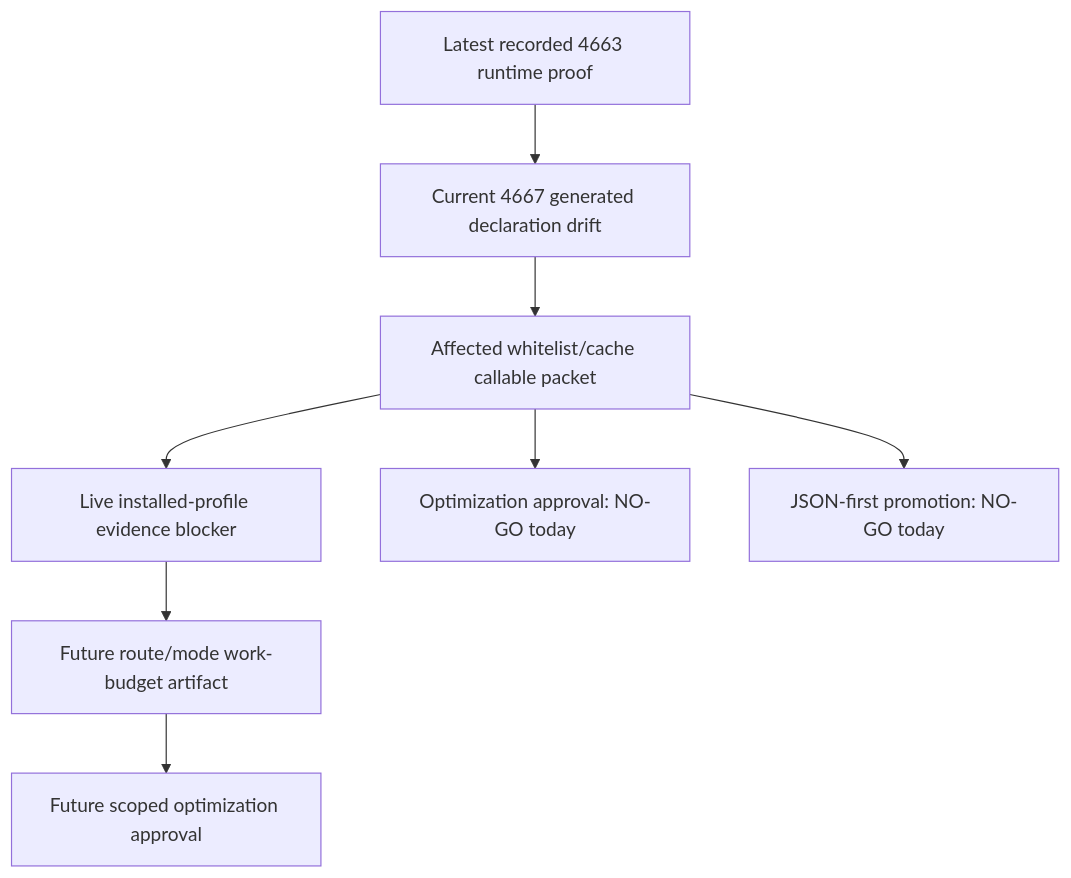
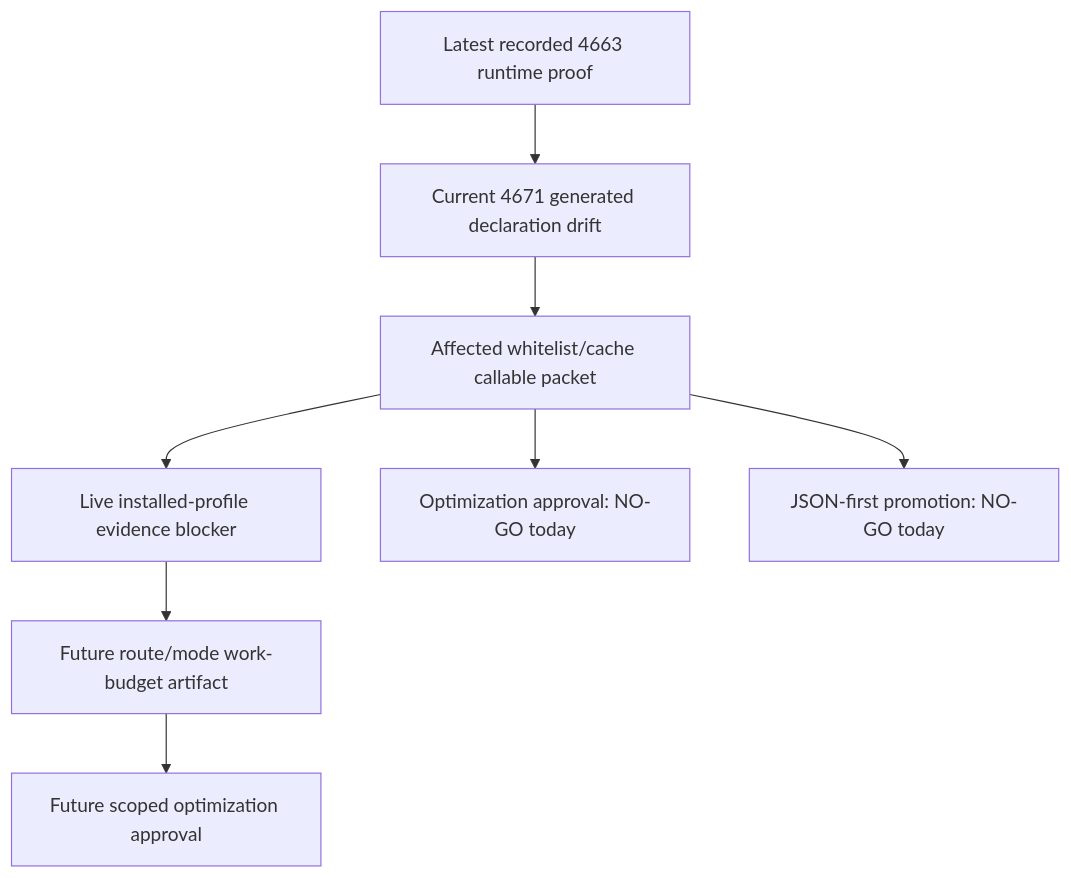
The diagram in docs/audit/FILTERTUBE_OPTIMIZATION_CANDIDATE_PRIORITY_REGISTER_CURRENT_BEHAVIOR_2026-05-24.md (varshneydevansh/FilterTube), drawn with Mermaid before and after one commit. The commit also changed other lines of this file and 634 other files, not shown here.

````diff
--- a/docs/audit/FILTERTUBE_OPTIMIZATION_CANDIDATE_PRIORITY_REGISTER_CURRENT_BEHAVIOR_2026-05-24.md
+++ b/docs/audit/FILTERTUBE_OPTIMIZATION_CANDIDATE_PRIORITY_REGISTER_CURRENT_BEHAVIOR_2026-05-24.md
@@ -181,10 +181,10 @@
 ```mermaid
 flowchart TD
-  A["Latest recorded 4663 runtime proof"] --> B["Current 4667 generated declaration drift"]
+  A["Latest recorded 4663 runtime proof"] --> B["Current 4671 generated declaration drift"]
   B --> C["Affected whitelist/cache callable packet"]
   C --> D["Live installed-profile evidence blocker"]
   D --> E["Future route/mode work-budget artifact"]
   E --> F["Future scoped optimization approval"]
   C --> G["Optimization approval: NO-GO today"]
   C --> H["JSON-first promotion: NO-GO today"]
 ```
````
